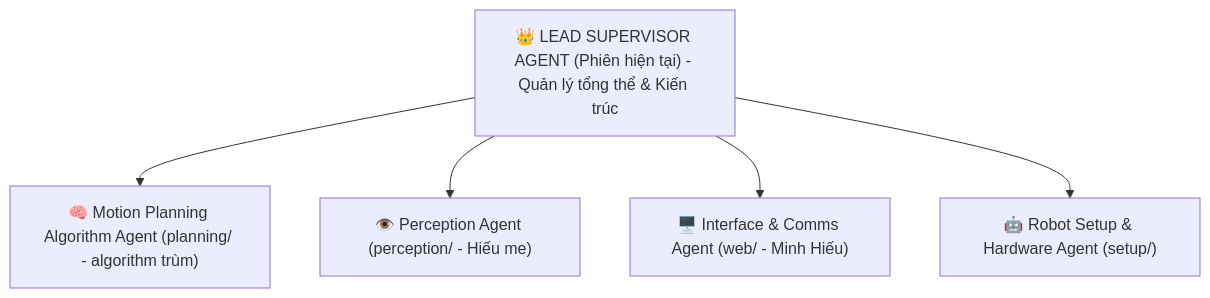
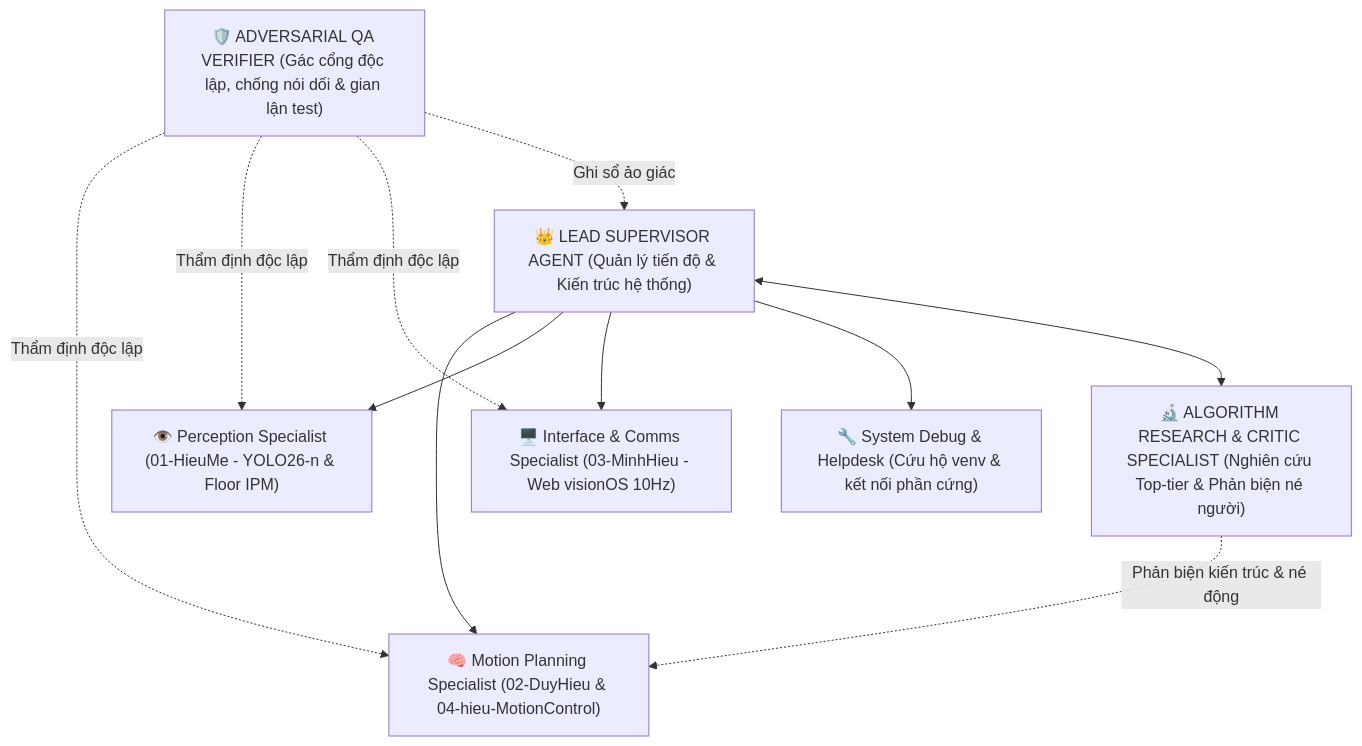
Before and after one commit to zxcvmh/CS532: the diagram in agents-doc/agents/lead-supervisor-agent.md, drawn with Mermaid. The commit also changed other lines of this file and 119 other files, not shown here.

````diff
--- a/agents-doc/agents/lead-supervisor-agent.md
+++ b/agents-doc/agents/lead-supervisor-agent.md
@@ -53,8 +34,18 @@
 ```mermaid
 flowchart TD
-    Lead["👑 LEAD SUPERVISOR AGENT (Phiên hiện tại) - Quản lý tổng thể & Kiến trúc"]
-    Lead --> Alg["🧠 Motion Planning Algorithm Agent (planning/ - algorithm trùm)"]
-    Lead --> Vis["👁️ Perception Agent (perception/ - Hiếu me)"]
-    Lead --> Web["🖥️ Interface & Comms Agent (web/ - Minh Hiếu)"]
-    Lead --> Bot["🤖 Robot Setup & Hardware Agent (setup/)"]
+    Lead["👑 LEAD SUPERVISOR AGENT (Quản lý tiến độ & Kiến trúc hệ thống)"]
+    QA["🛡️ ADVERSARIAL QA VERIFIER (Gác cổng độc lập, chống nói dối & gian lận test)"]
+    Crit["🔬 ALGORITHM RESEARCH & CRITIC SPECIALIST (Nghiên cứu Top-tier & Phản biện né người)"]
+    
+    Lead --> Alg["🧠 Motion Planning Specialist (02-DuyHieu & 04-hieu-MotionControl)"]
+    Lead --> Vis["👁️ Perception Specialist (01-HieuMe - YOLO26-n & Floor IPM)"]
+    Lead --> Web["🖥️ Interface & Comms Specialist (03-MinhHieu - Web visionOS 10Hz)"]
+    Lead --> Dbg["🔧 System Debug & Helpdesk (Cứu hộ venv & kết nối phần cứng)"]
+    Lead <--> Crit
+    
+    QA -.->|Thẩm định độc lập| Alg
+    QA -.->|Thẩm định độc lập| Vis
+    QA -.->|Thẩm định độc lập| Web
+    QA -.->|Ghi sổ ảo giác| Lead
+    Crit -.->|Phản biện kiến trúc & né động| Alg
 ```
````
